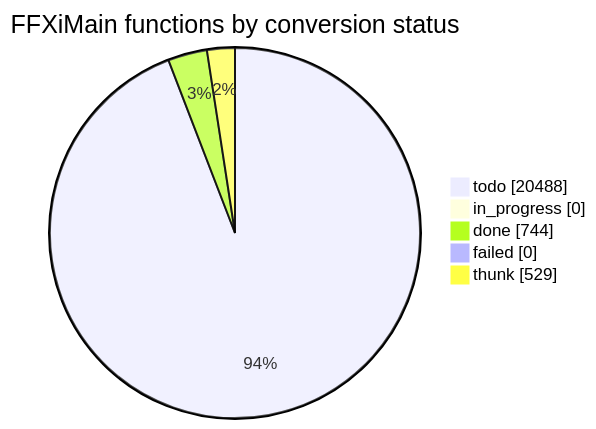
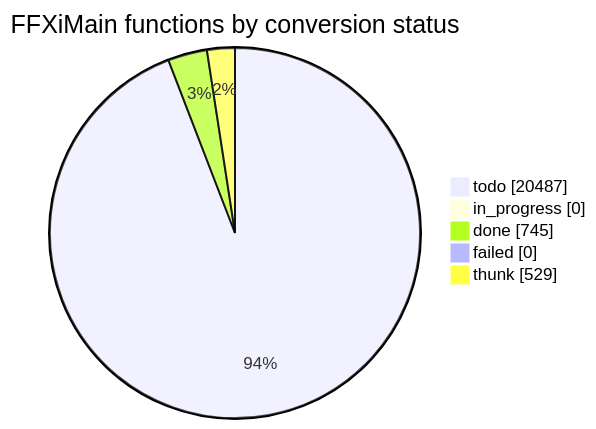
The diagram in docs/cow/STATUS.md (cowrevenge/cow_kuluu_xi_anything), drawn with Mermaid before and after one commit. The commit also changed other lines of this file and 9 other files, not shown here.

````diff
--- a/docs/cow/STATUS.md
+++ b/docs/cow/STATUS.md
@@ -18,9 +18,9 @@
 ```mermaid
 pie showData
     title FFXiMain functions by conversion status
-    "todo" : 20488
+    "todo" : 20487
     "in_progress" : 0
-    "done" : 744
+    "done" : 745
     "failed" : 0
     "thunk" : 529
 ```
````
